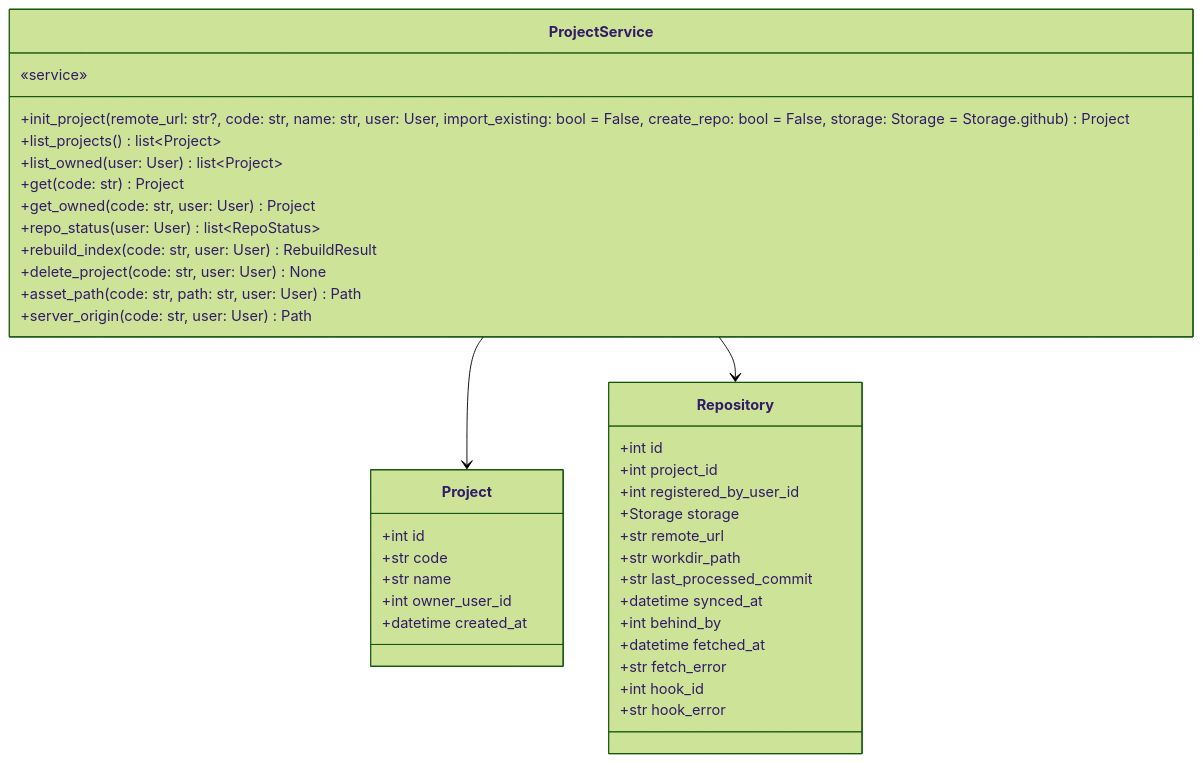
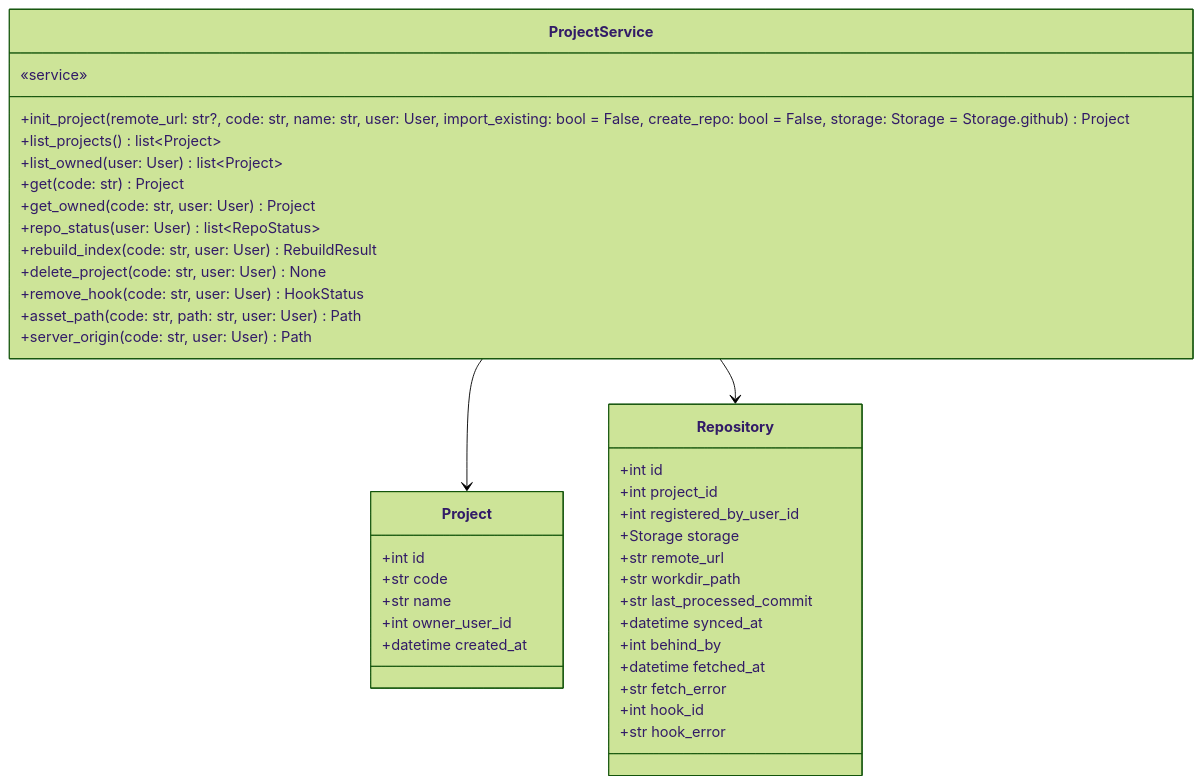
Diagram 17 of 22 in docs/specs/06-DOM/SYNC-DOM-002.md (HoyoungParkme/syncdoc), drawn with Mermaid (forest theme) before and after one commit. The commit also changed other lines of this file and 20 other files, not shown here.

````diff
--- a/docs/specs/06-DOM/SYNC-DOM-002.md
+++ b/docs/specs/06-DOM/SYNC-DOM-002.md
@@ -715,40 +717,41 @@
 ```mermaid
 classDiagram
     class ProjectService {
         «service»
         +init_project(remote_url: str?, code: str, name: str, user: User, import_existing: bool = False, create_repo: bool = False, storage: Storage = Storage.github) Project
         +list_projects() list~Project~
         +list_owned(user: User) list~Project~
         +get(code: str) Project
         +get_owned(code: str, user: User) Project
         +repo_status(user: User) list~RepoStatus~
         +rebuild_index(code: str, user: User) RebuildResult
         +delete_project(code: str, user: User) None
+        +remove_hook(code: str, user: User) HookStatus
         +asset_path(code: str, path: str, user: User) Path
         +server_origin(code: str, user: User) Path
     }
     class Project {
         +int id
         +str code
         +str name
         +int owner_user_id
         +datetime created_at
     }
     class Repository {
         +int id
         +int project_id
         +int registered_by_user_id
         +Storage storage
         +str remote_url
         +str workdir_path
         +str last_processed_commit
         +datetime synced_at
         +int behind_by
         +datetime fetched_at
         +str fetch_error
         +int hook_id
         +str hook_error
     }
     ProjectService --> Project
     ProjectService --> Repository
 ```
````
